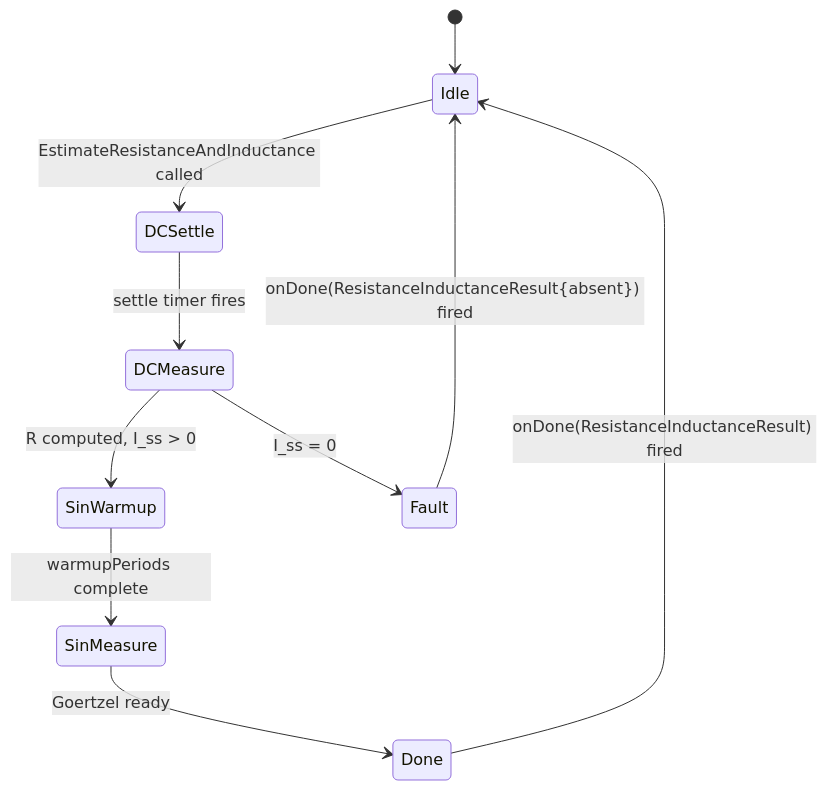
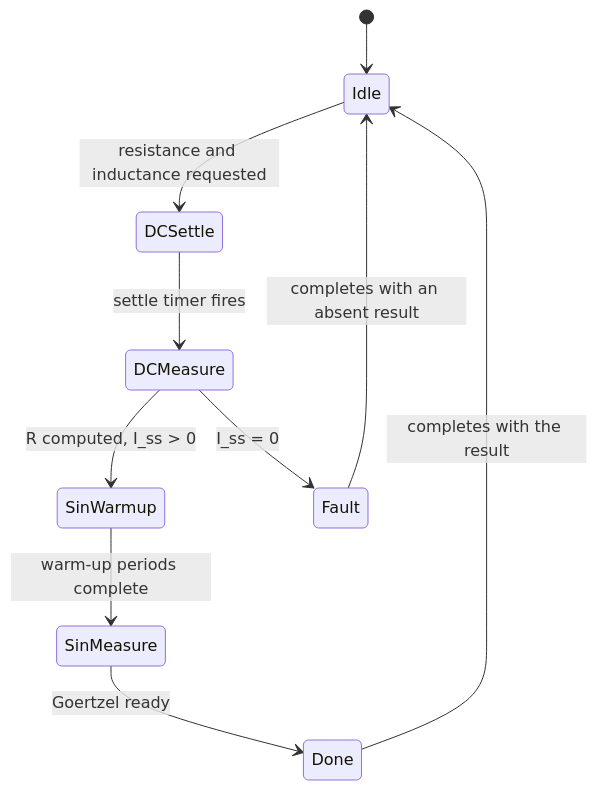
The fourth of 5 diagrams in documentation/design/service-electrical-ident.md (embedded-pro/e-foc), drawn with Mermaid before and after one commit. The commit also changed other lines of this file and 37 other files, not shown here.

````diff
--- a/documentation/design/service-electrical-ident.md
+++ b/documentation/design/service-electrical-ident.md
@@ -246,12 +256,12 @@
 ```mermaid
 stateDiagram-v2
     [*] --> Idle
-    Idle --> DCSettle : EstimateResistanceAndInductance called
+    Idle --> DCSettle : resistance and inductance requested
     DCSettle --> DCMeasure : settle timer fires
     DCMeasure --> SinWarmup : R computed, I_ss > 0
     DCMeasure --> Fault : I_ss = 0
-    SinWarmup --> SinMeasure : warmupPeriods complete
+    SinWarmup --> SinMeasure : warm-up periods complete
     SinMeasure --> Done : Goertzel ready
-    Done --> Idle : onDone(ResistanceInductanceResult) fired
-    Fault --> Idle : onDone(ResistanceInductanceResult{absent}) fired
+    Done --> Idle : completes with the result
+    Fault --> Idle : completes with an absent result
 ```
````
